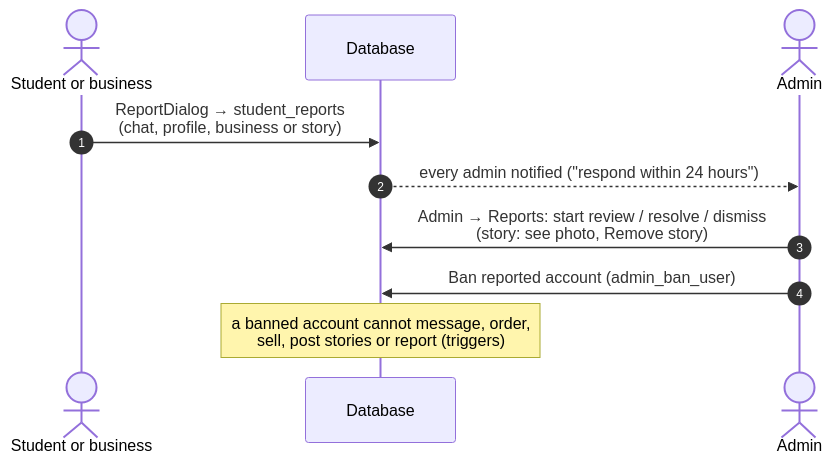
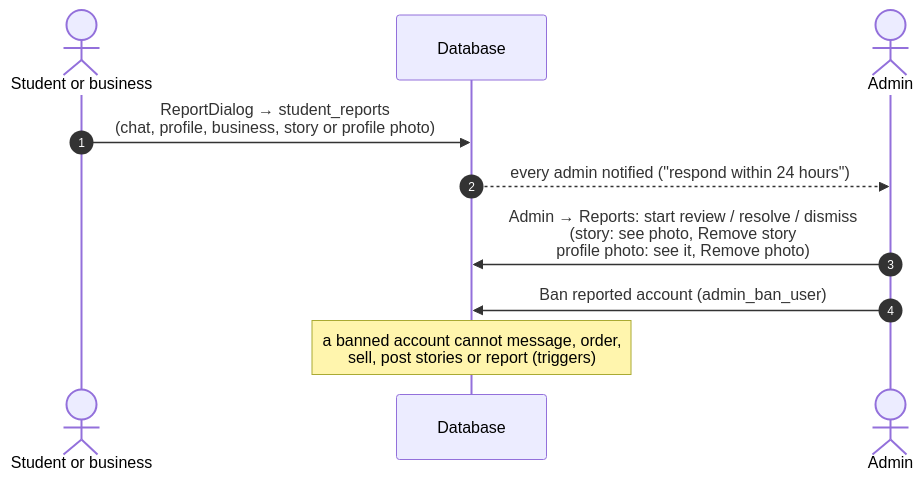
One commit to tangaza360-max/unipicks changed the seventh of 9 diagrams in docs/architecture/03-journeys.md. Above: the diagram before and after it, drawn with Mermaid. The commit also changed 11 other files, not shown here.

First line of the commit message:
feat(safety): students can report a profile photo

````diff
--- a/docs/architecture/03-journeys.md
+++ b/docs/architecture/03-journeys.md
@@ -175,12 +175,12 @@
 ```mermaid
 sequenceDiagram
   autonumber
   actor R as Student or business
   participant DB as Database
   actor AD as Admin
-  R->>DB: ReportDialog → student_reports<br/>(chat, profile, business or story)
+  R->>DB: ReportDialog → student_reports<br/>(chat, profile, business, story or profile photo)
   DB-->>AD: every admin notified ("respond within 24 hours")
-  AD->>DB: Admin → Reports: start review / resolve / dismiss<br/>(story: see photo, Remove story)
+  AD->>DB: Admin → Reports: start review / resolve / dismiss<br/>(story: see photo, Remove story<br/>profile photo: see it, Remove photo)
   AD->>DB: Ban reported account (admin_ban_user)
   Note over DB: a banned account cannot message, order,<br/>sell, post stories or report (triggers)
 ```
````
